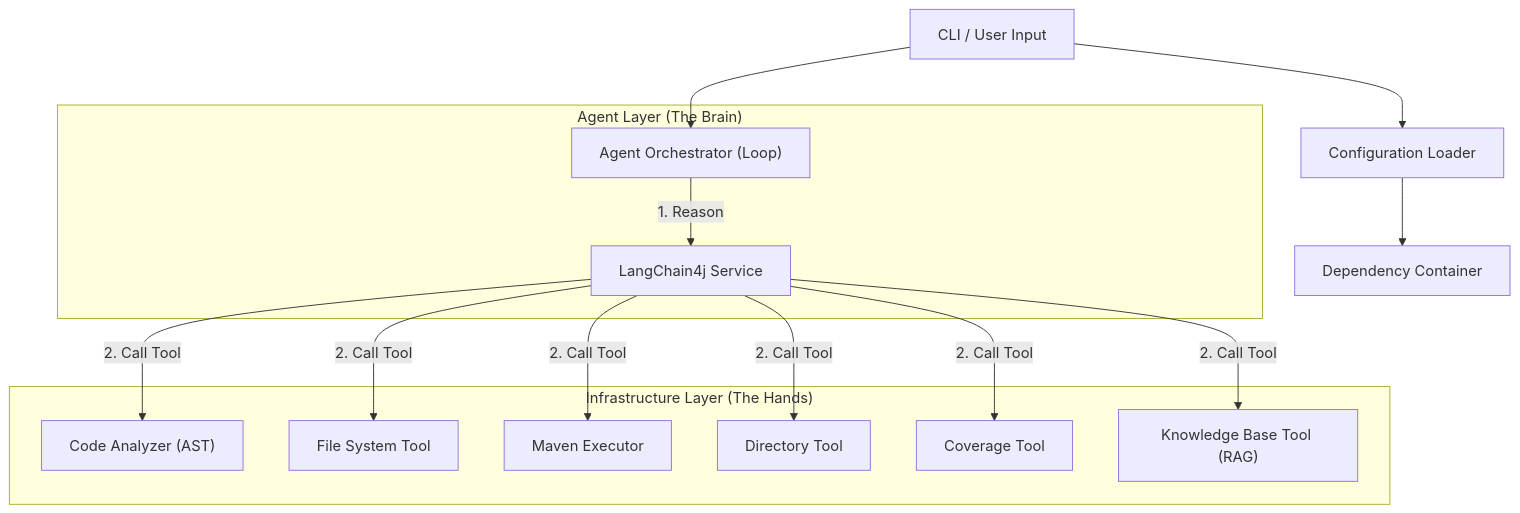
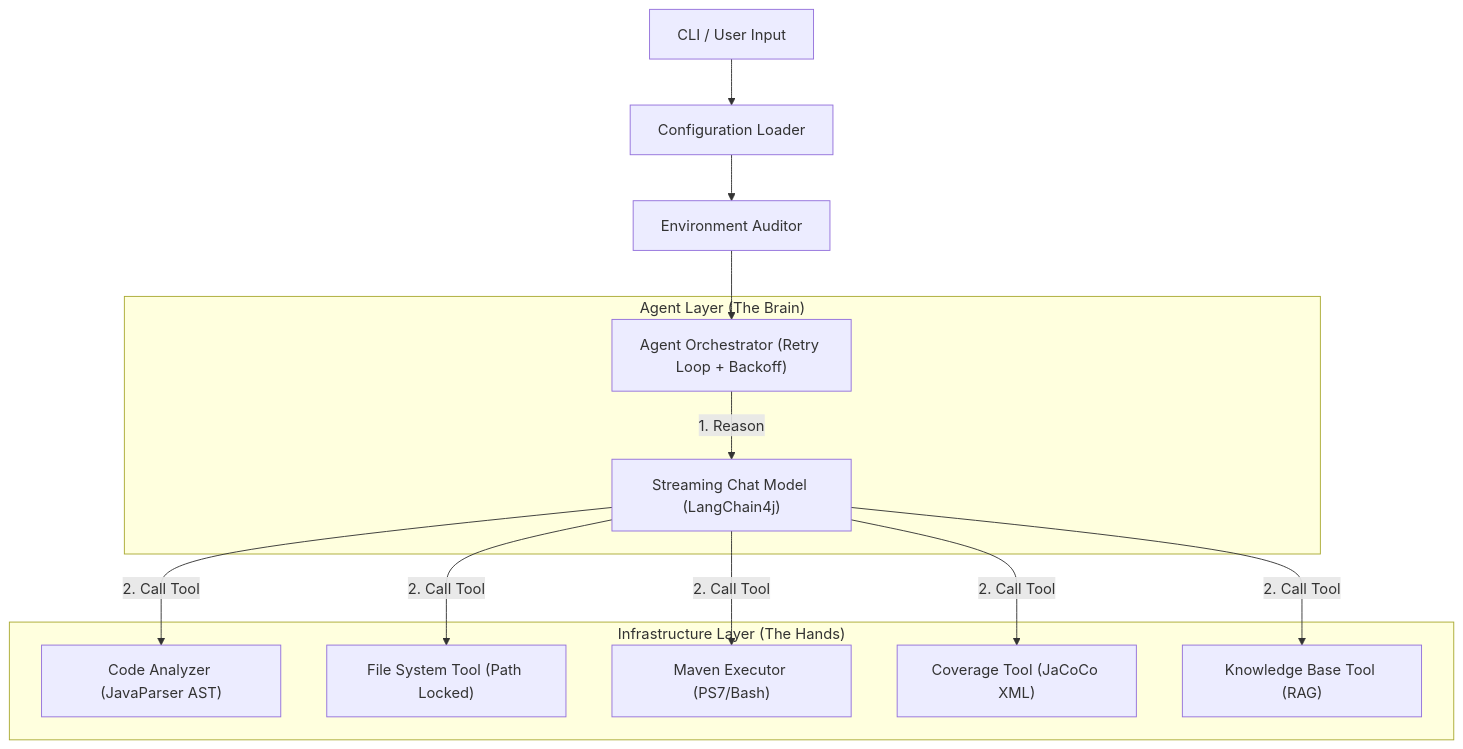
One commit to codelogickeep/unit-test-agent-4j changed the diagram in README.md. Above: the diagram before and after it, drawn with Mermaid. The commit also changed other lines of this file and 13 other files, not shown here.

````diff
--- a/README.md
+++ b/README.md
@@ -103,28 +111,26 @@
 ```mermaid
 graph TD
     CLI[CLI / User Input] --> Config[Configuration Loader]
-    Config --> Container[Dependency Container]
+    Config --> Auditor[Environment Auditor]
+    Auditor --> Orchestrator["Agent Orchestrator (Retry Loop + Backoff)"]
     
     subgraph "Agent Layer (The Brain)"
-        Orchestrator["Agent Orchestrator (Loop)"]
-        LLM["LangChain4j Service"]
+        Orchestrator
+        LLM["Streaming Chat Model (LangChain4j)"]
     end
     
     subgraph "Infrastructure Layer (The Hands)"
-        Scanner["Code Analyzer (AST)"]
-        Writer["File System Tool"]
-        Runner["Maven Executor"]
-        Dir["Directory Tool"]
-        Coverage["Coverage Tool"]
+        Scanner["Code Analyzer (JavaParser AST)"]
+        Writer["File System Tool (Path Locked)"]
+        Runner["Maven Executor (PS7/Bash)"]
+        Coverage["Coverage Tool (JaCoCo XML)"]
         KB["Knowledge Base Tool (RAG)"]
     end
     
-    CLI --> Orchestrator
     Orchestrator -->|1. Reason| LLM
     LLM -->|2. Call Tool| Scanner
     LLM -->|2. Call Tool| Writer
     LLM -->|2. Call Tool| Runner
-    LLM -->|2. Call Tool| Dir
     LLM -->|2. Call Tool| Coverage
     LLM -->|2. Call Tool| KB
 ```
````
